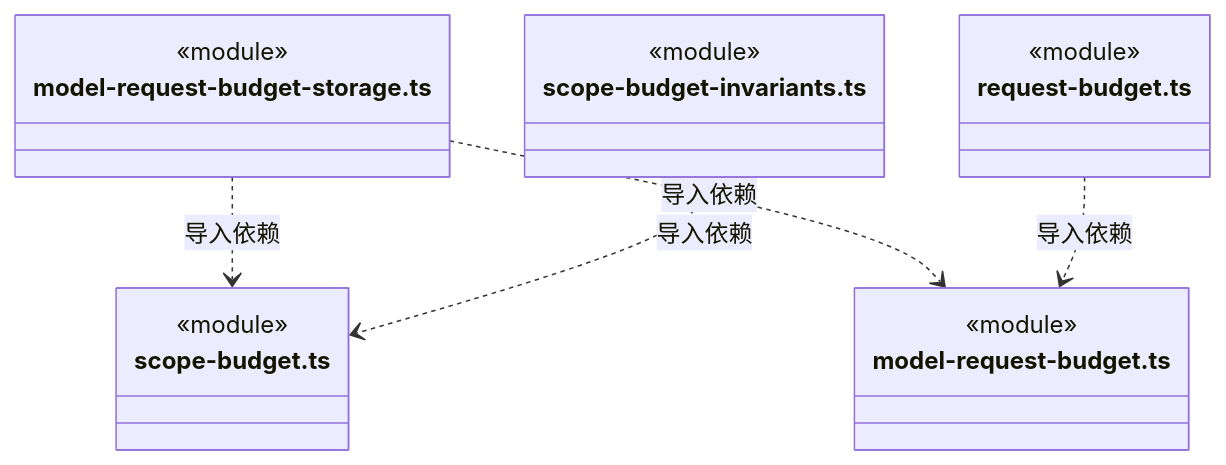
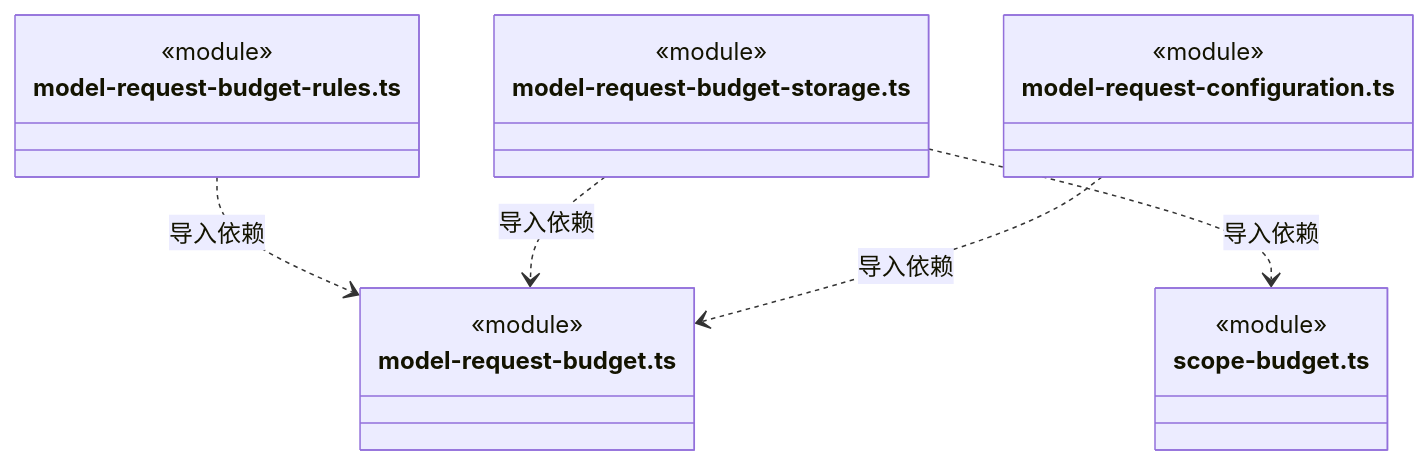
Before and after one commit to nan023062/cbim: diagram 18 of 19 in src/logic/budget/rules/ARCHITECTURE.md, drawn with Mermaid. The commit also changed other lines of this file and 25 other files, not shown here.

````diff
--- a/src/logic/budget/rules/ARCHITECTURE.md
+++ b/src/logic/budget/rules/ARCHITECTURE.md
@@ -347,22 +398,22 @@
 ```mermaid
 classDiagram
+class N_src_logic_budget_rules_model_request_budget_rules_ts["model-request-budget-rules.ts"] {
+  <<module>>
+}
+class N_src_logic_budget_rules_model_request_budget_ts["model-request-budget.ts"] {
+  <<module>>
+}
 class N_src_logic_budget_rules_model_request_budget_storage_ts["model-request-budget-storage.ts"] {
   <<module>>
 }
 class N_src_logic_budget_rules_scope_budget_ts["scope-budget.ts"] {
   <<module>>
 }
-class N_src_logic_budget_rules_model_request_budget_ts["model-request-budget.ts"] {
+class N_src_logic_budget_rules_model_request_configuration_ts["model-request-configuration.ts"] {
   <<module>>
 }
-class N_src_logic_budget_rules_request_budget_ts["request-budget.ts"] {
-  <<module>>
-}
-class N_src_logic_budget_rules_scope_budget_invariants_ts["scope-budget-invariants.ts"] {
-  <<module>>
-}
+N_src_logic_budget_rules_model_request_budget_rules_ts ..> N_src_logic_budget_rules_model_request_budget_ts : 导入依赖
 N_src_logic_budget_rules_model_request_budget_storage_ts ..> N_src_logic_budget_rules_scope_budget_ts : 导入依赖
 N_src_logic_budget_rules_model_request_budget_storage_ts ..> N_src_logic_budget_rules_model_request_budget_ts : 导入依赖
-N_src_logic_budget_rules_request_budget_ts ..> N_src_logic_budget_rules_model_request_budget_ts : 导入依赖
-N_src_logic_budget_rules_scope_budget_invariants_ts ..> N_src_logic_budget_rules_scope_budget_ts : 导入依赖
+N_src_logic_budget_rules_model_request_configuration_ts ..> N_src_logic_budget_rules_model_request_budget_ts : 导入依赖
 ```
````
